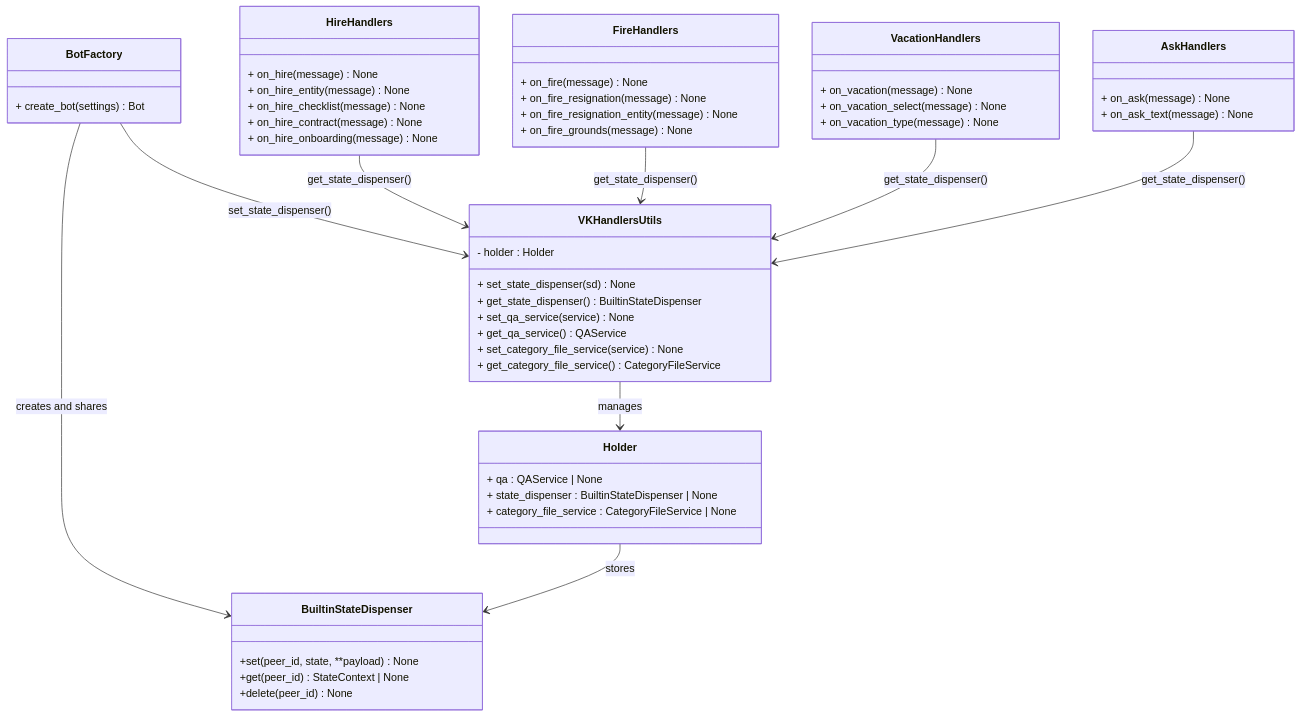
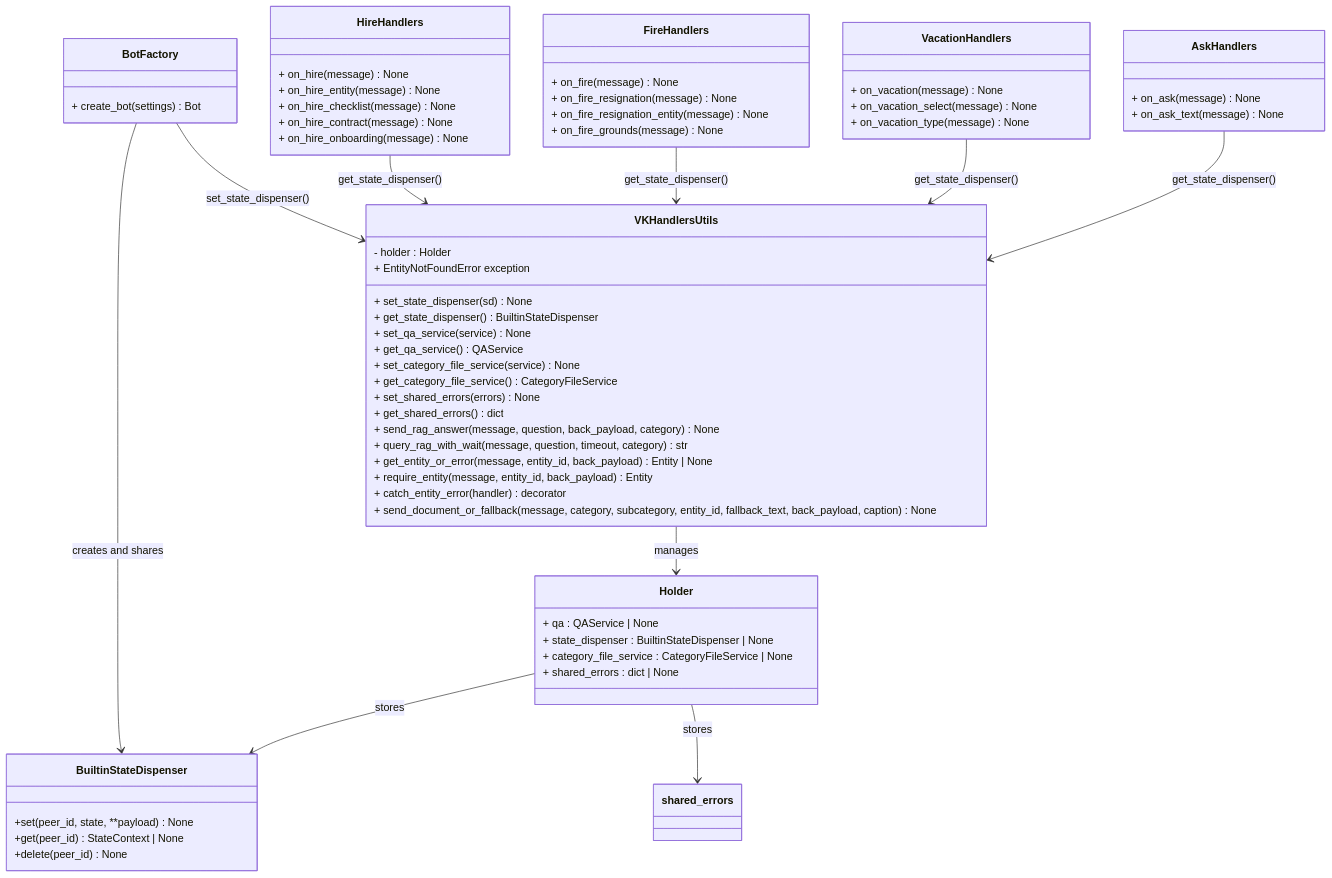
Before and after one commit to ognelis/cafetera_hr_bot: the third of 35 diagrams in .qoder/repowiki/en/content/VK Integration/VK Integration.md, drawn with Mermaid. The commit also changed other lines of this file and 51 other files, not shown here.

````diff
--- a/.qoder/repowiki/en/content/VK Integration/VK Integration.md
+++ b/.qoder/repowiki/en/content/VK Integration/VK Integration.md
@@ -336,55 +389,66 @@
 ```mermaid
 classDiagram
 class BuiltinStateDispenser {
 +set(peer_id, state, **payload) None
 +get(peer_id) StateContext | None
 +delete(peer_id) None
 }
 class VKHandlersUtils {
 - holder : Holder
 + set_state_dispenser(sd) None
 + get_state_dispenser() BuiltinStateDispenser
 + set_qa_service(service) None
 + get_qa_service() QAService
 + set_category_file_service(service) None
 + get_category_file_service() CategoryFileService
++ set_shared_errors(errors) None
++ get_shared_errors() dict
++ send_rag_answer(message, question, back_payload, category) None
++ query_rag_with_wait(message, question, timeout, category) str
++ get_entity_or_error(message, entity_id, back_payload) Entity | None
++ require_entity(message, entity_id, back_payload) Entity
++ catch_entity_error(handler) decorator
++ EntityNotFoundError exception
++ send_document_or_fallback(message, category, subcategory, entity_id, fallback_text, back_payload, caption) None
 }
 class Holder {
 + qa : QAService | None
 + state_dispenser : BuiltinStateDispenser | None
 + category_file_service : CategoryFileService | None
++ shared_errors : dict | None
 }
 class BotFactory {
 + create_bot(settings) Bot
 }
 class HireHandlers {
 + on_hire(message) None
 + on_hire_entity(message) None
 + on_hire_checklist(message) None
 + on_hire_contract(message) None
 + on_hire_onboarding(message) None
 }
 class FireHandlers {
 + on_fire(message) None
 + on_fire_resignation(message) None
 + on_fire_resignation_entity(message) None
 + on_fire_grounds(message) None
 }
 class VacationHandlers {
 + on_vacation(message) None
 + on_vacation_select(message) None
 + on_vacation_type(message) None
 }
 class AskHandlers {
 + on_ask(message) None
 + on_ask_text(message) None
 }
 BotFactory --> BuiltinStateDispenser : creates and shares
 BotFactory --> VKHandlersUtils : set_state_dispenser()
 VKHandlersUtils --> Holder : manages
 Holder --> BuiltinStateDispenser : stores
+Holder --> shared_errors : stores
 HireHandlers --> VKHandlersUtils : get_state_dispenser()
 FireHandlers --> VKHandlersUtils : get_state_dispenser()
 VacationHandlers --> VKHandlersUtils : get_state_dispenser()
 AskHandlers --> VKHandlersUtils : get_state_dispenser()
 ```
````
